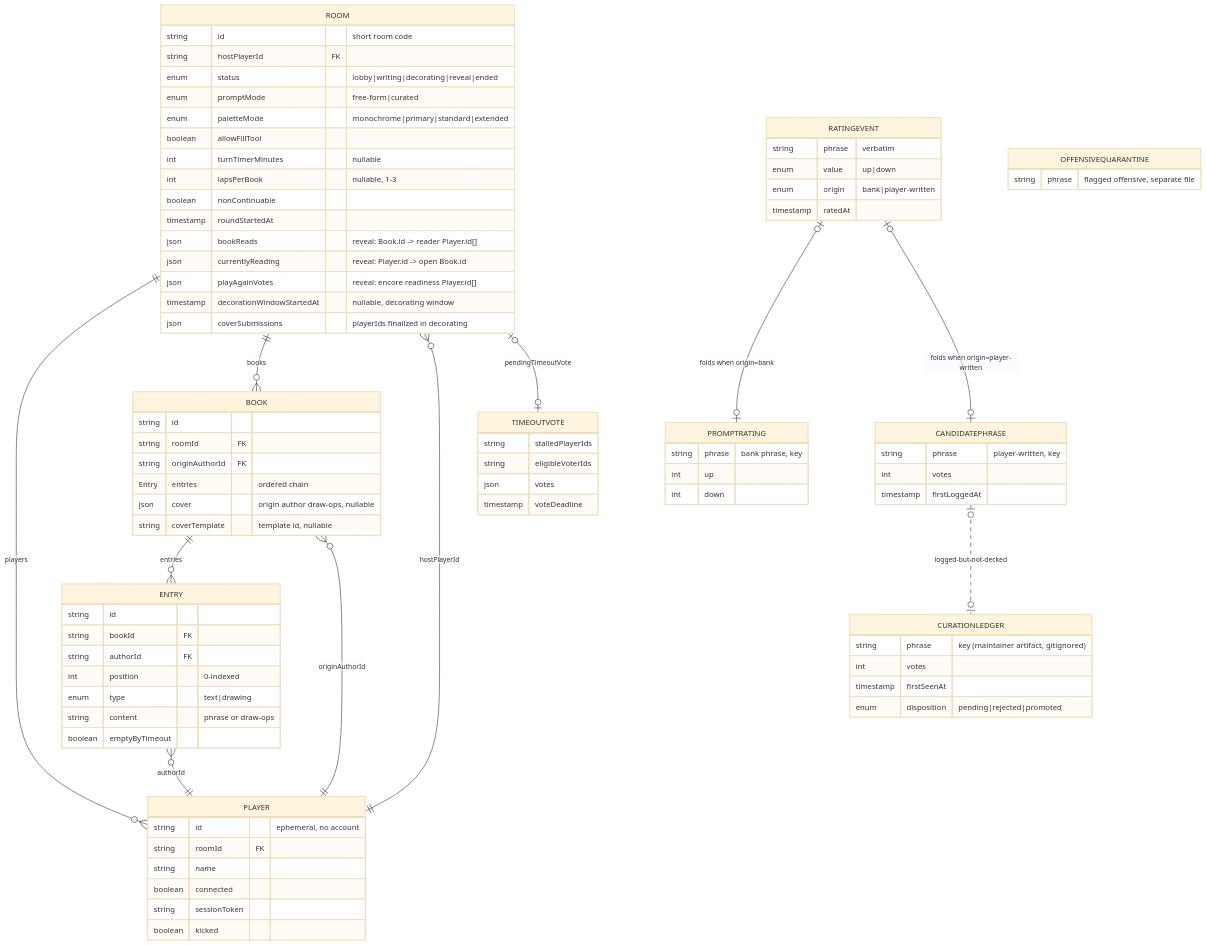
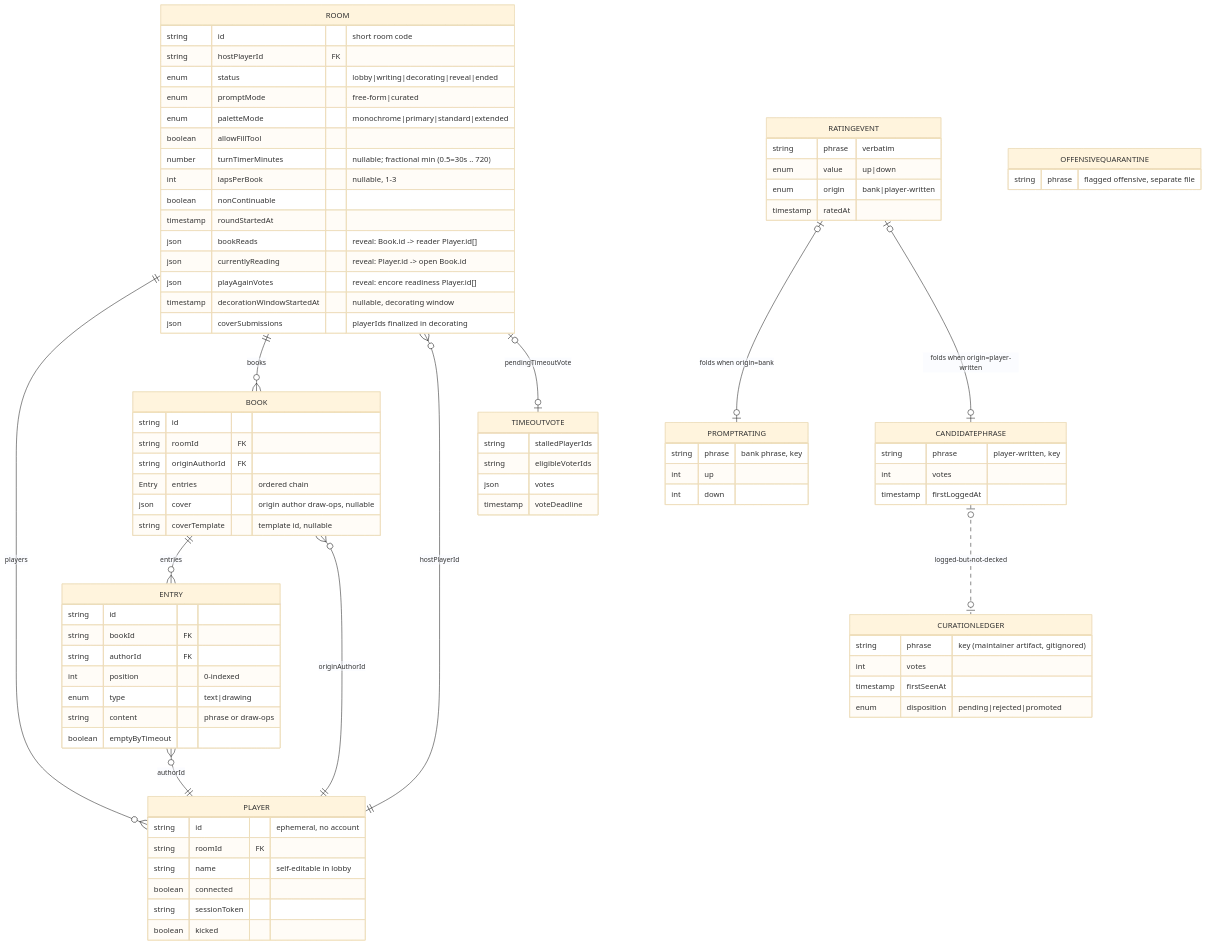
Before and after one commit to moui72/exquisite-telephone: the first of 3 diagrams in README.md, drawn with Mermaid (base theme). The commit also changed other lines of this file and 2 other files, not shown here.

Commit message:
docs: regenerate datamodel + ui diagrams (fractional timer, lobby self-rename)

```diff
--- a/README.md
+++ b/README.md
@@ -154,7 +154,7 @@
         enum promptMode "free-form|curated"
         enum paletteMode "monochrome|primary|standard|extended"
         boolean allowFillTool
-        int turnTimerMinutes "nullable"
+        number turnTimerMinutes "nullable; fractional min (0.5=30s .. 720)"
         int lapsPerBook "nullable, 1-3"
         boolean nonContinuable
         timestamp roundStartedAt
@@ -167,7 +167,7 @@
     PLAYER {
         string id "ephemeral, no account"
         string roomId FK
-        string name
+        string name "self-editable in lobby"
         boolean connected
         string sessionToken
         boolean kicked
```
